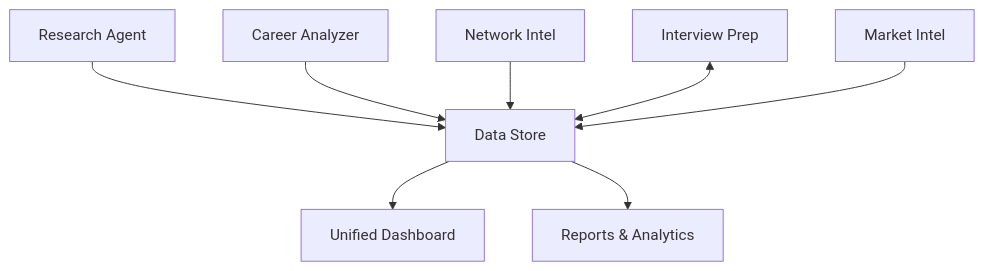
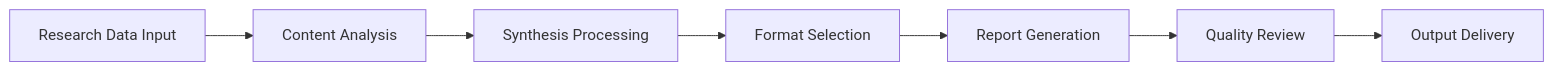
Before and after one commit to jwade83/career-intelligence-space: the second of 4 diagrams in docs/AGENTS_OVERVIEW.md, drawn with Mermaid. The commit also changed other lines of this file, not shown here.

Commit message:
docs(agent2): COMMANDS + OVERVIEW for Synth

````diff
--- a/docs/AGENTS_OVERVIEW.md
+++ b/docs/AGENTS_OVERVIEW.md
@@ -111,10 +93,9 @@
 ```mermaid
-graph TD
-    A[Research Agent] --> B[Data Store]
-    C[Career Analyzer] --> B
-    D[Network Intel] --> B
-    E[Interview Prep] <--> B
-    F[Market Intel] --> B
-    B --> G[Unified Dashboard]
-    B --> H[Reports & Analytics]
+graph LR
+    A[Research Data Input] --> B[Content Analysis]
+    B --> C[Synthesis Processing]
+    C --> D[Format Selection]
+    D --> E[Report Generation]
+    E --> F[Quality Review]
+    F --> G[Output Delivery]
 ```
````
